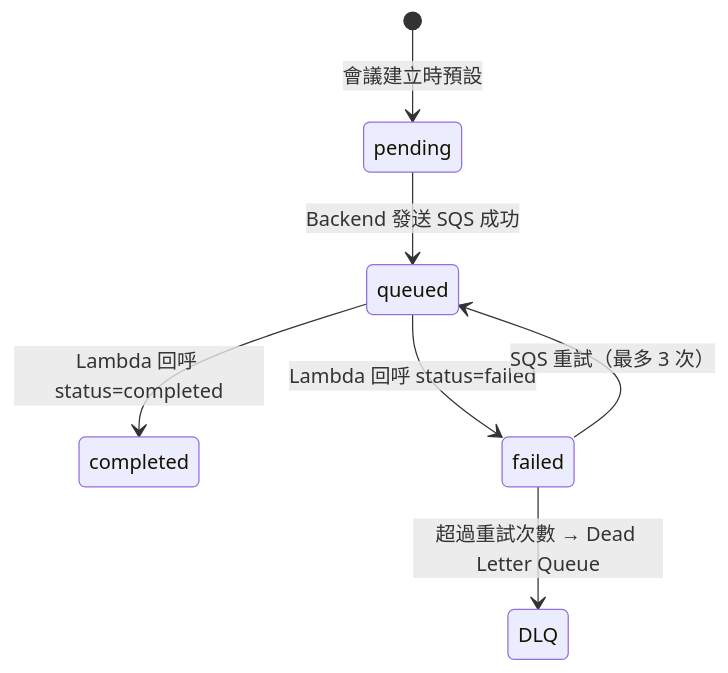
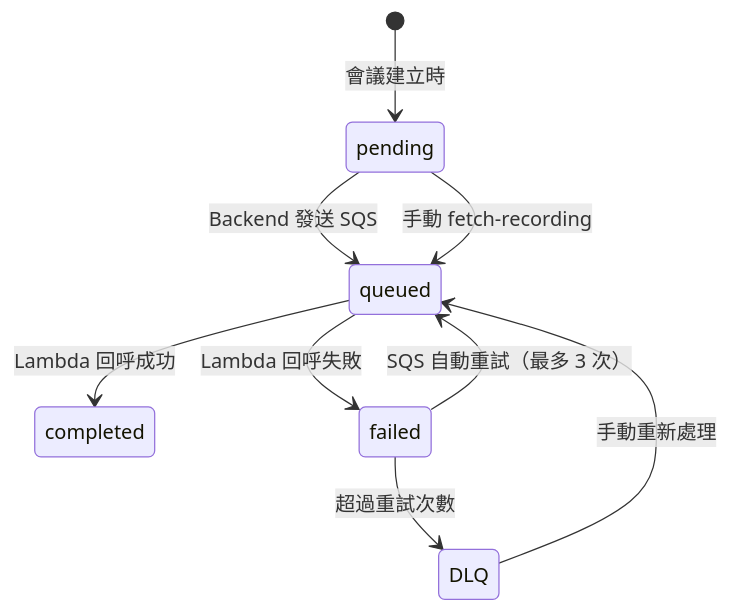
One commit to d56845684/EOP changed the fifth of 7 diagrams in docs/zoom-recording-to-drive.md. Above: the diagram before and after it, drawn with Mermaid. The commit also changed other lines of this file and 18 other files, not shown here.

````diff
--- a/docs/zoom-recording-to-drive.md
+++ b/docs/zoom-recording-to-drive.md
@@ -65,9 +119,11 @@
 ```mermaid
 stateDiagram-v2
-    [*] --> pending: 會議建立時預設
-    pending --> queued: Backend 發送 SQS 成功
-    queued --> completed: Lambda 回呼 status=completed
-    queued --> failed: Lambda 回呼 status=failed
-    failed --> queued: SQS 重試（最多 3 次）
-    failed --> DLQ: 超過重試次數 → Dead Letter Queue
+    [*] --> pending: 會議建立時
+    pending --> queued: Backend 發送 SQS
+    queued --> completed: Lambda 回呼成功
+    queued --> failed: Lambda 回呼失敗
+    failed --> queued: SQS 自動重試（最多 3 次）
+    failed --> DLQ: 超過重試次數
+    DLQ --> queued: 手動重新處理
+    pending --> queued: 手動 fetch-recording
 ```
````
